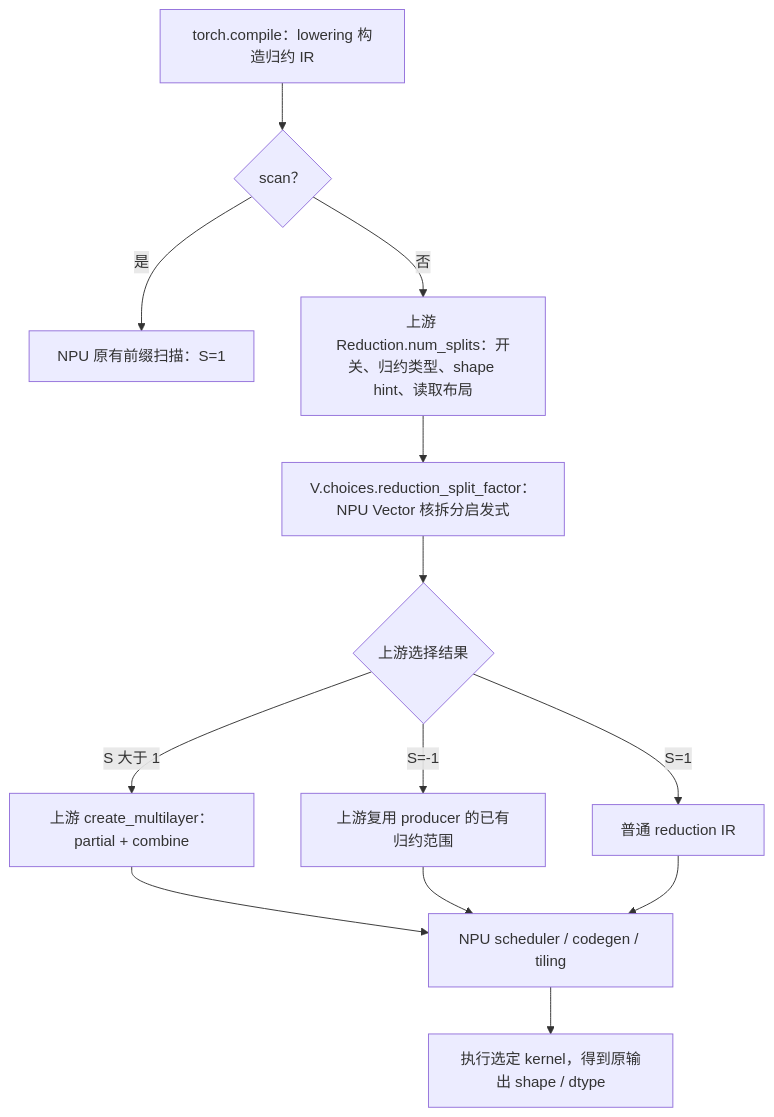
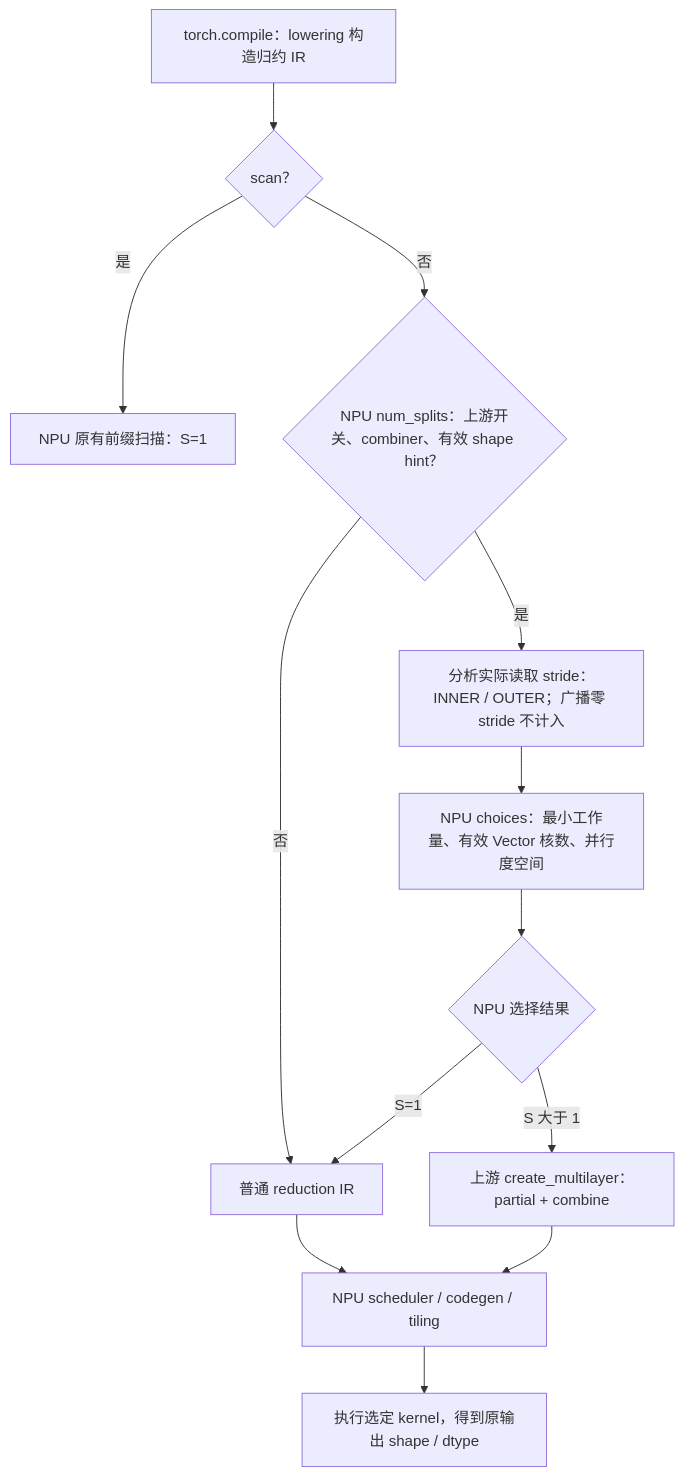
The diagram in docs/requirements-design/split-cooperative-reduction-comparison/npu-split-reduction-design.md (limbochao/torch-learn), drawn with Mermaid before and after one commit. The commit also changed other lines of this file and 3 other files, not shown here.

Commit message:
docs: describe NPU split selection and measured tradeoffs

````diff
--- a/docs/requirements-design/split-cooperative-reduction-comparison/npu-split-reduction-design.md
+++ b/docs/requirements-design/split-cooperative-reduction-comparison/npu-split-reduction-design.md
@@ -19,15 +20,15 @@
 ```mermaid
 flowchart TD
     A["torch.compile：lowering 构造归约 IR"] --> B{"scan？"}
     B -->|是| C["NPU 原有前缀扫描：S=1"]
-    B -->|否| D["上游 Reduction.num_splits：开关、归约类型、shape hint、读取布局"]
-    D --> E["V.choices.reduction_split_factor：NPU Vector 核拆分启发式"]
-    E --> F{"上游选择结果"}
+    B -->|否| D{"NPU num_splits：上游开关、combiner、有效 shape hint？"}
+    D -->|否| G["普通 reduction IR"]
+    D -->|是| L["分析实际读取 stride：INNER / OUTER；广播零 stride 不计入"]
+    L --> E["NPU choices：最小工作量、有效 Vector 核数、并行度空间"]
+    E --> F{"NPU 选择结果"}
     F -->|S=1| G["普通 reduction IR"]
     F -->|S 大于 1| H["上游 create_multilayer：partial + combine"]
-    F -->|S=-1| I["上游复用 producer 的已有归约范围"]
     H --> J["NPU scheduler / codegen / tiling"]
-    I --> J
     G --> J
     J --> K["执行选定 kernel，得到原输出 shape / dtype"]
 ```
````
